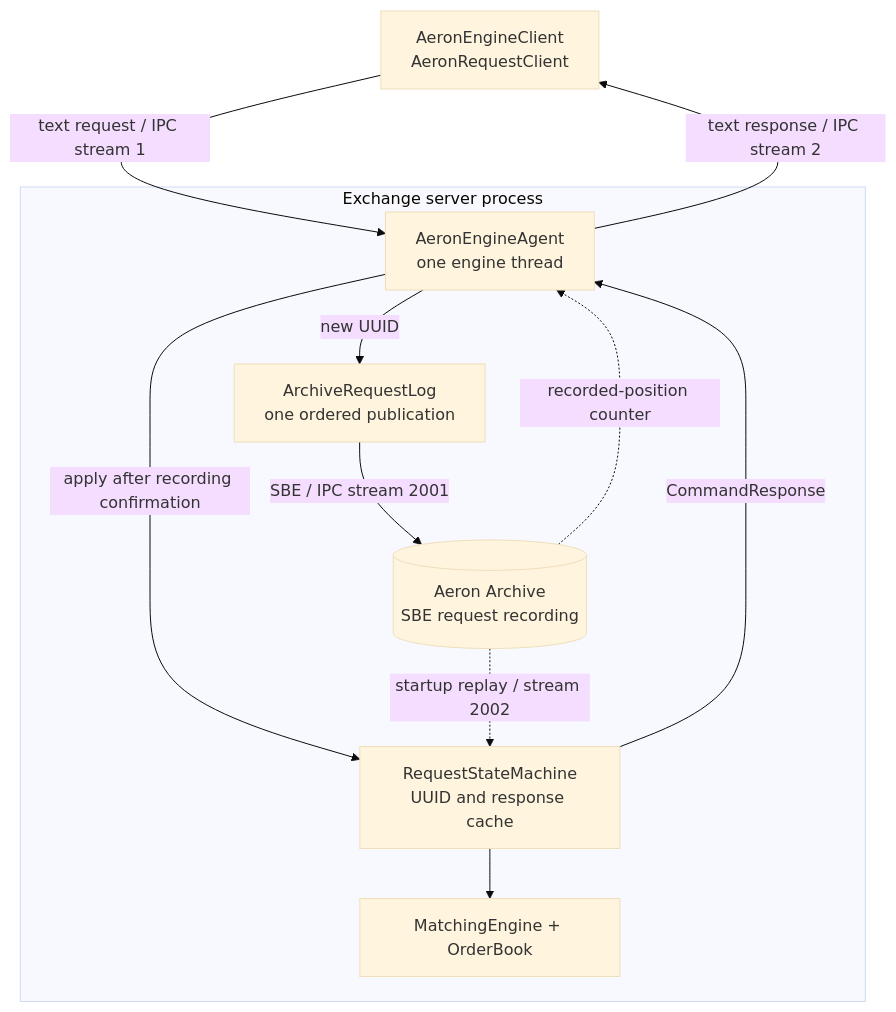
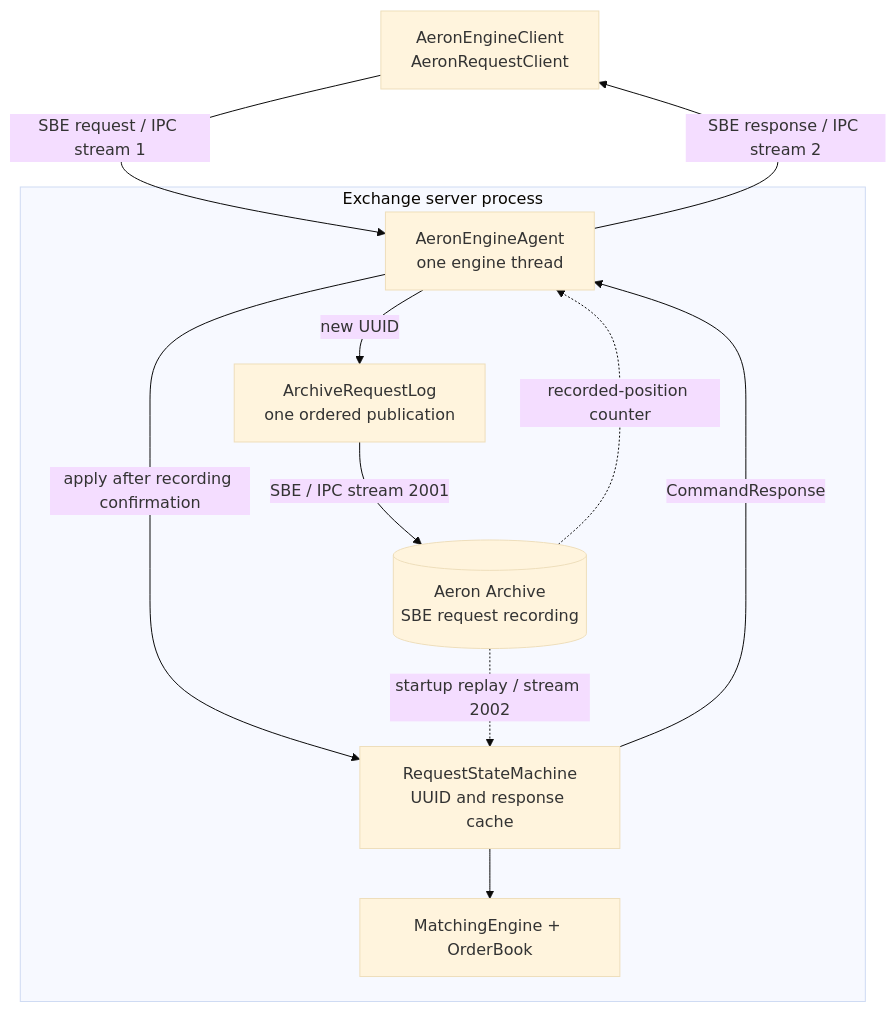
The first of 3 diagrams in docs/architecture.md (samctensen/exchange-lab), drawn with Mermaid (base theme) before and after one commit. The commit also changed other lines of this file and 1 other file, not shown here.

Commit message:
docs: describe the complete SBE wire protocol

````diff
--- a/docs/architecture.md
+++ b/docs/architecture.md
@@ -9,20 +9,20 @@
 ```mermaid
 flowchart TB
   Client["AeronEngineClient<br/>AeronRequestClient"]
   subgraph Server["Exchange server process"]
     Agent["AeronEngineAgent<br/>one engine thread"]
     Log["ArchiveRequestLog<br/>one ordered publication"]
     Archive[("Aeron Archive<br/>SBE request recording")]
     State["RequestStateMachine<br/>UUID and response cache"]
     Engine["MatchingEngine + OrderBook"]
     Agent -->|"new UUID"| Log
     Log -->|"SBE / IPC stream 2001"| Archive
     Archive -.->|"recorded-position counter"| Agent
     Agent -->|"apply after recording confirmation"| State
     State --> Engine
     State -->|"CommandResponse"| Agent
     Archive -.->|"startup replay / stream 2002"| State
   end
-  Client -->|"text request / IPC stream 1"| Agent
-  Agent -->|"text response / IPC stream 2"| Client
+  Client -->|"SBE request / IPC stream 1"| Agent
+  Agent -->|"SBE response / IPC stream 2"| Client
 ```
````
